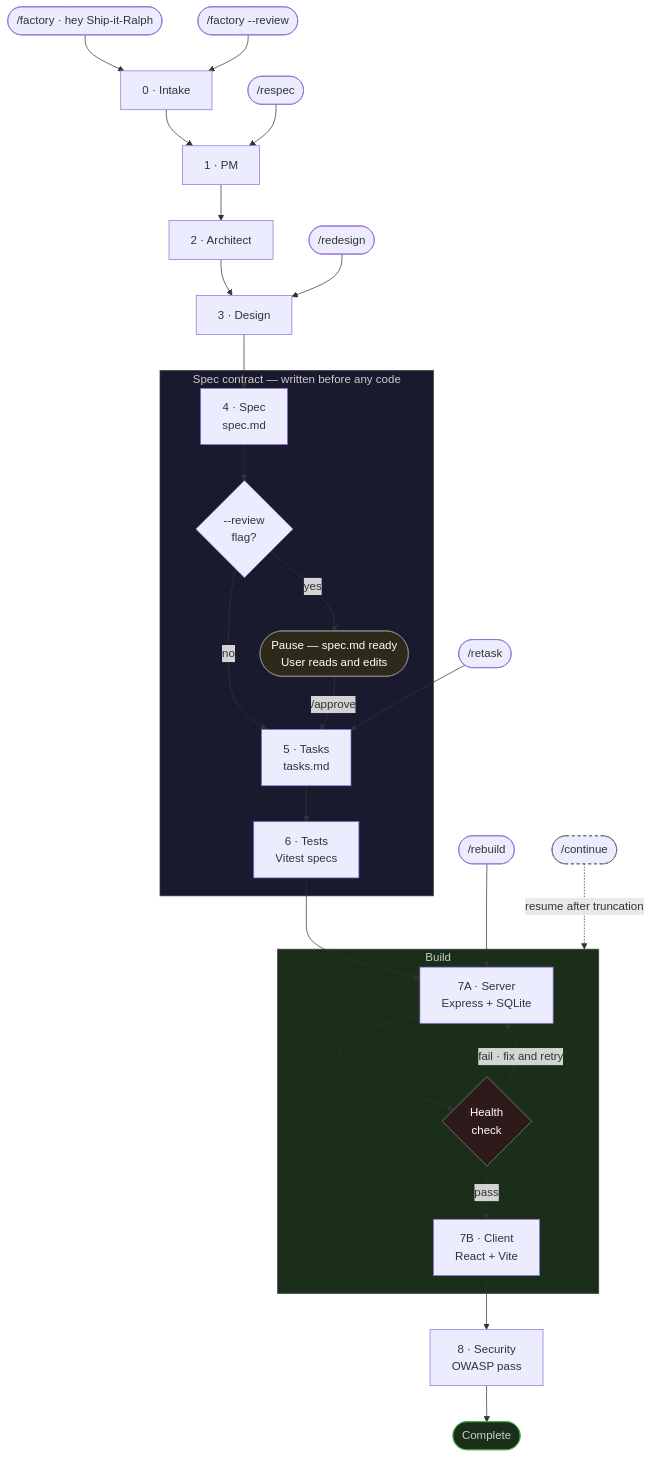
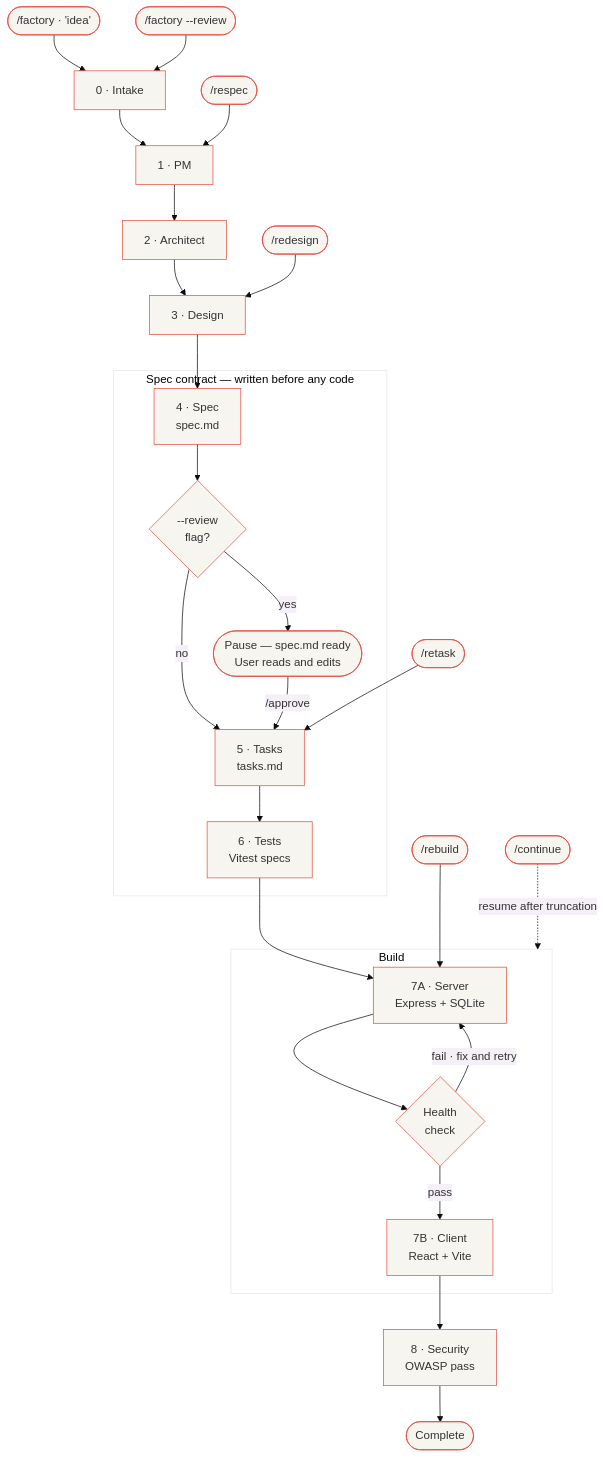
The diagram in README.md (swamichandra/ship-it-ralph), drawn with Mermaid before and after one commit.

````diff
--- a/README.md
+++ b/README.md
@@ -87,45 +87,39 @@
 ```mermaid
+%%{init: {'theme': 'base', 'themeVariables': { 'primaryColor': '#F7F5F0', 'primaryBorderColor': '#E5503F'}}}%%
 flowchart TD
-    START([/factory · hey Ship-it-Ralph]) --> P0
+    START([/factory · 'idea']) --> P0
     STARTREVIEW([/factory --review]) --> P0
 
     P0[0 · Intake] --> P1
     P1[1 · PM] --> P2
     P2[2 · Architect] --> P3
     P3[3 · Design] --> P4
 
     subgraph CONTRACT [" Spec contract — written before any code "]
         P4[4 · Spec\nspec.md] --> REVIEWGATE{--review\nflag?}
         REVIEWGATE -->|no| P5
         REVIEWGATE -->|yes| PAUSE([Pause — spec.md ready\nUser reads and edits])
         PAUSE -->|/approve| P5
         P5[5 · Tasks\ntasks.md] --> P6
         P6[6 · Tests\nVitest specs]
     end
 
     P6 --> P7A
 
     subgraph BUILD [" Build "]
         P7A[7A · Server\nExpress + SQLite] --> GATE{Health\ncheck}
         GATE -->|pass| P7B
         GATE -->|fail · fix and retry| P7A
         P7B[7B · Client\nReact + Vite]
     end
 
     P7B --> P8[8 · Security\nOWASP pass]
     P8 --> DONE([Complete])
 
     CONTINUE([/continue]) -.->|resume after truncation| BUILD
 
     RETASK([/retask])     --> P5
     REDESIGN([/redesign]) --> P3
     RESPEC([/respec])     --> P1
     REBUILD([/rebuild])   --> P7A
-
-    style CONTRACT fill:#1a1a2e,stroke:#444,color:#ccc
-    style BUILD fill:#1a2e1a,stroke:#444,color:#ccc
-    style GATE fill:#2e1a1a,stroke:#888,color:#fff
-    style PAUSE fill:#2e2a1a,stroke:#888,color:#fff
-    style DONE fill:#1a2e1a,stroke:#4a4,color:#ccc
-    style CONTINUE stroke:#666,stroke-dasharray:4
 ```
````
